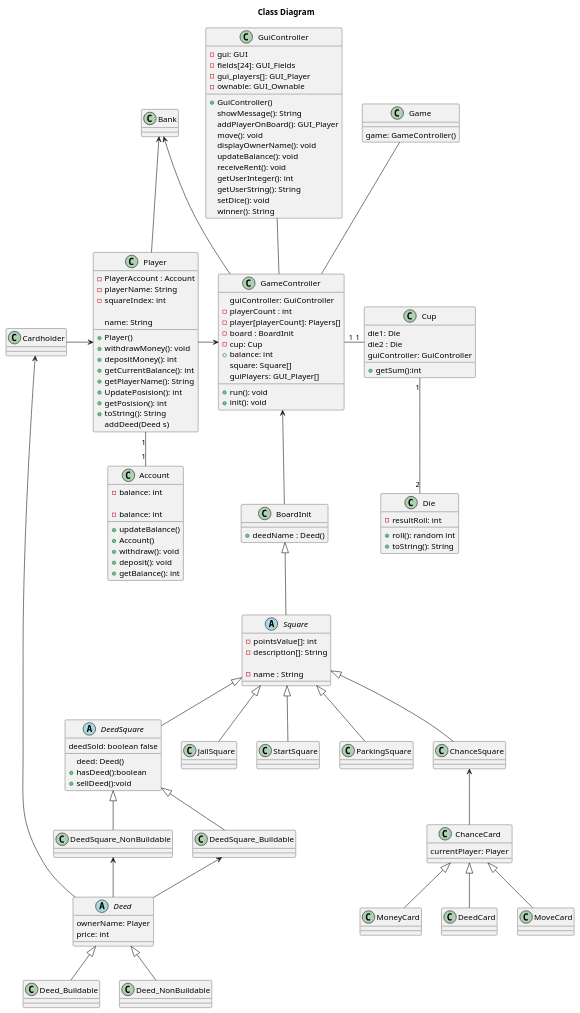
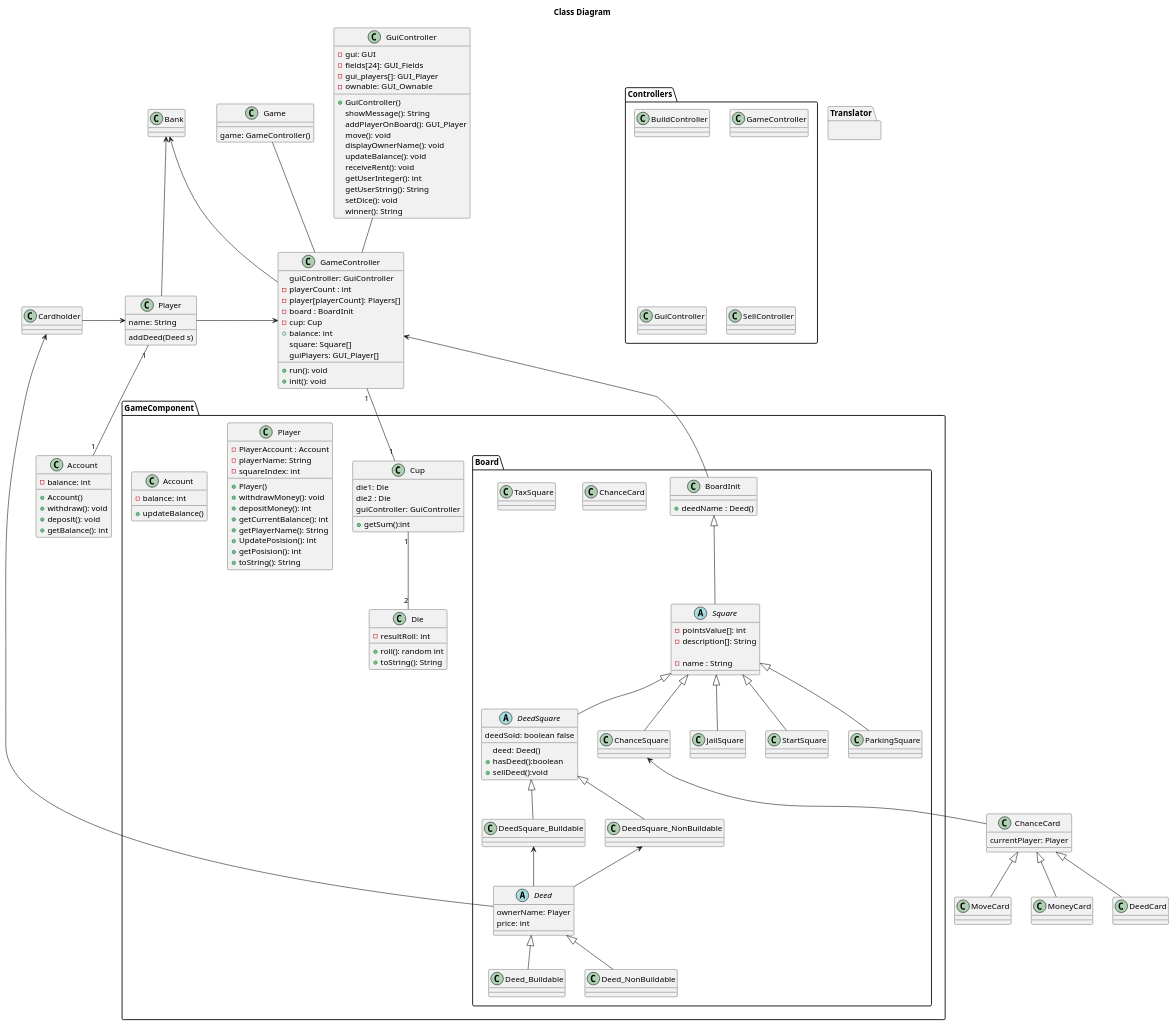
Before and after one commit to hellomelissaw/Matador: the diagram in Diagrams/ClassDiagram.puml, drawn with PlantUML.

```diff
--- a/Diagrams/ClassDiagram.puml
+++ b/Diagrams/ClassDiagram.puml
@@ -1,62 +1,18 @@
 @startuml
 
 title Class Diagram
-
-class Game{
-game: GameController()
+package "Controllers"{
+class BuildController{
+}
+class GameController{
 }
 
-
-class Cup{
-die1: Die
-die2 : Die
-guiController: GuiController
-+getSum():int
+class GuiController{}
+class SellController{}
 }
 
-class Die {
--resultRoll: int
-
-+roll(): random int
-+toString(): String
-}
-
-class GameController {
-guiController: GuiController
--playerCount : int
--player[playerCount]: Players[]
--board : BoardInit
--cup: Cup
-+balance: int
-square: Square[]
-guiPlayers: GUI_Player[]
-
-+run(): void
-+init(): void
-
-}
-
-class Player{
--PlayerAccount : Account
--playerName: String
--squareIndex: int
-+Player()
-+withdrawMoney(): void
-+depositMoney(): int
-+getCurrentBalance(): int
-+getPlayerName(): String
-+UpdatePosision(): int
-+getPosision(): int
-+toString(): String
-
-}
-
-class Account{
--balance: int
-+updateBalance()
-
-}
-
+package "GameComponent"{
+package "Board"{
 class Square {
 -pointsValue[]: int
 -description[]: String
@@ -95,6 +51,81 @@
 class Deed_Buildable{}
 
 class Deed_NonBuildable{}
+class ChanceSquare {}
+
+class ChanceCard {}
+
+class JailSquare {}
+
+class StartSquare {}
+
+class ParkingSquare {}
+class TaxSquare{}
+}
+
+class Cup{
+die1: Die
+die2 : Die
+guiController: GuiController
++getSum():int
+}
+
+class Die {
+-resultRoll: int
+
++roll(): random int
++toString(): String
+}
+
+class Player{
+-PlayerAccount : Account
+-playerName: String
+-squareIndex: int
++Player()
++withdrawMoney(): void
++depositMoney(): int
++getCurrentBalance(): int
++getPlayerName(): String
++UpdatePosision(): int
++getPosision(): int
++toString(): String
+
+}
+
+class Account{
+-balance: int
++updateBalance()
+
+}
+
+}
+package "Translator"{}
+class Game{
+game: GameController()
+}
+
+
+
+
+
+class GameController {
+guiController: GuiController
+-playerCount : int
+-player[playerCount]: Players[]
+-board : BoardInit
+-cup: Cup
++balance: int
+square: Square[]
+guiPlayers: GUI_Player[]
+
++run(): void
++init(): void
+
+}
+
+
+
+
 
 class Player {
 name: String
@@ -111,15 +142,7 @@
 
 }
 
-class ChanceSquare {}
 
-class ChanceCard {}
-
-class JailSquare {}
-
-class StartSquare {}
-
-class ParkingSquare {}
 
 class GuiController{
 -gui: GUI
```
